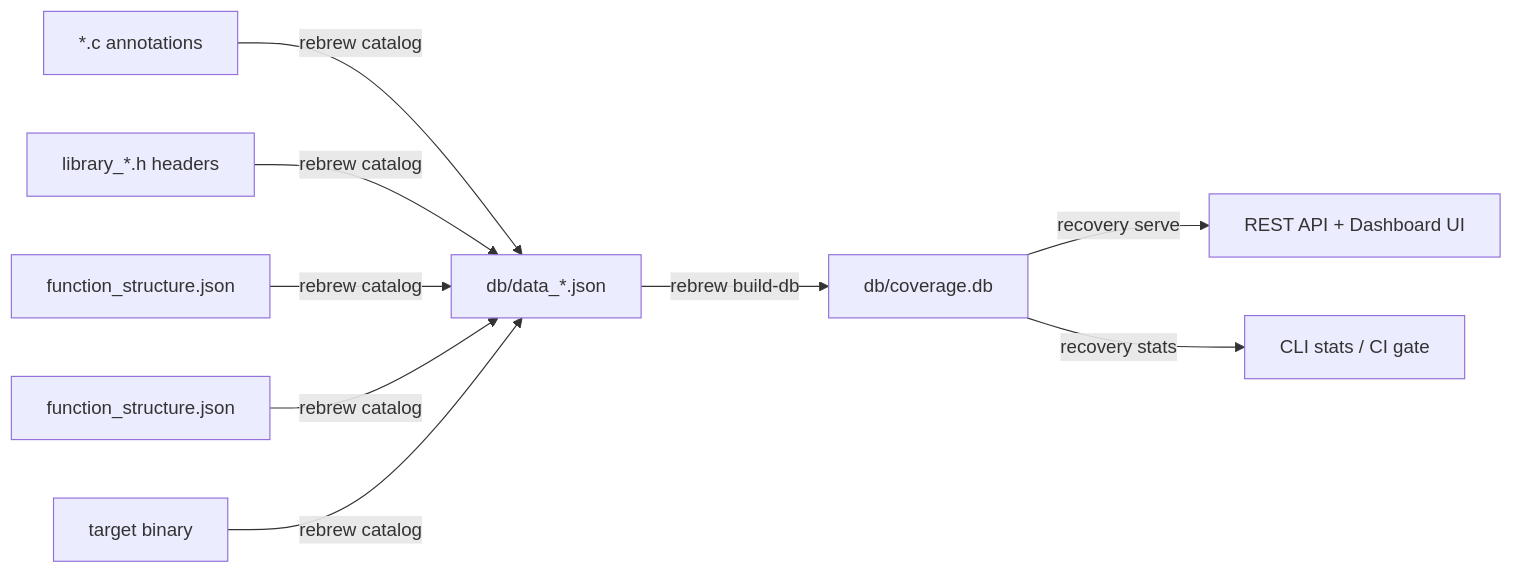
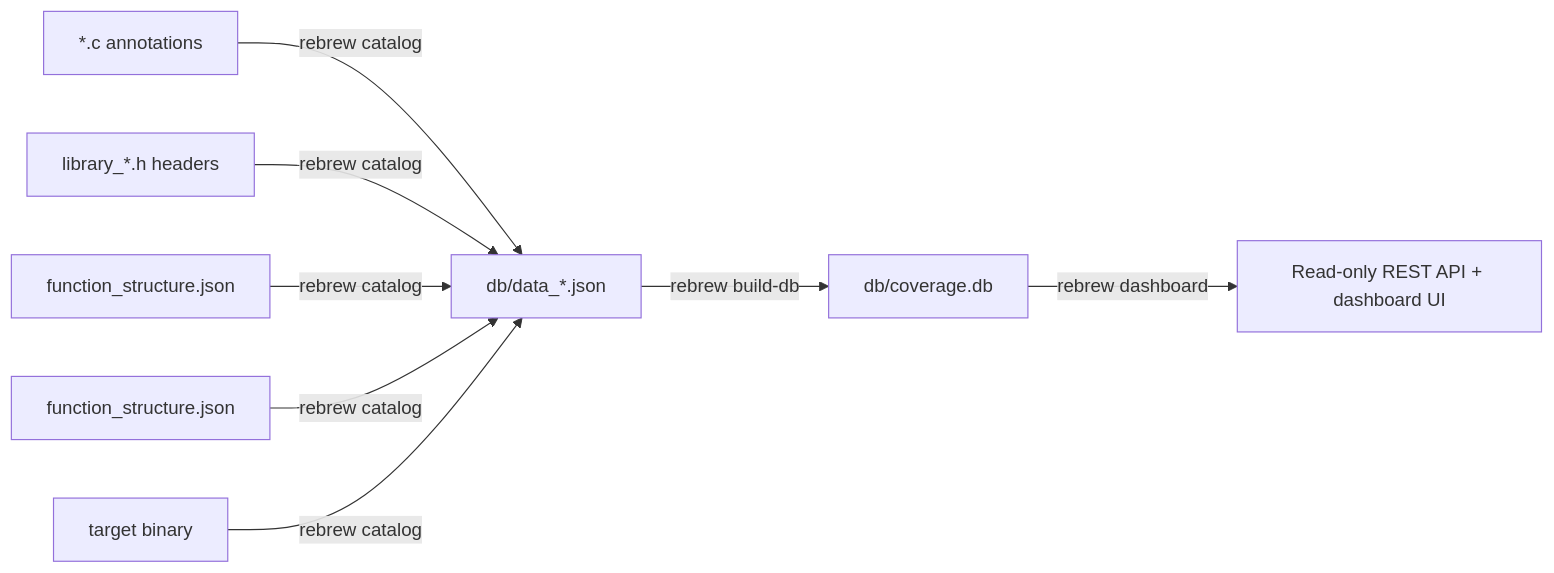
One commit to maci0/rebrew changed the diagram in docs/DB_FORMAT.md. Above: the diagram before and after it, drawn with Mermaid. The commit also changed other lines of this file and 4 other files, not shown here.

````diff
--- a/docs/DB_FORMAT.md
+++ b/docs/DB_FORMAT.md
@@ -16,11 +16,10 @@
 ```mermaid
 flowchart LR
     A["*.c annotations"] -->|rebrew catalog| B["db/data_*.json"]
     LH["library_*.h headers"] -->|rebrew catalog| B
     FL["function_structure.json"] -->|rebrew catalog| B
     GH["function_structure.json"] -->|rebrew catalog| B
     BIN["target binary"] -->|rebrew catalog| B
     B -->|rebrew build-db| C["db/coverage.db"]
-    C -->|recovery serve| D["REST API + Dashboard UI"]
-    C -->|recovery stats| E["CLI stats / CI gate"]
+    C -->|rebrew dashboard| D["Read-only REST API + dashboard UI"]
 ```
````
